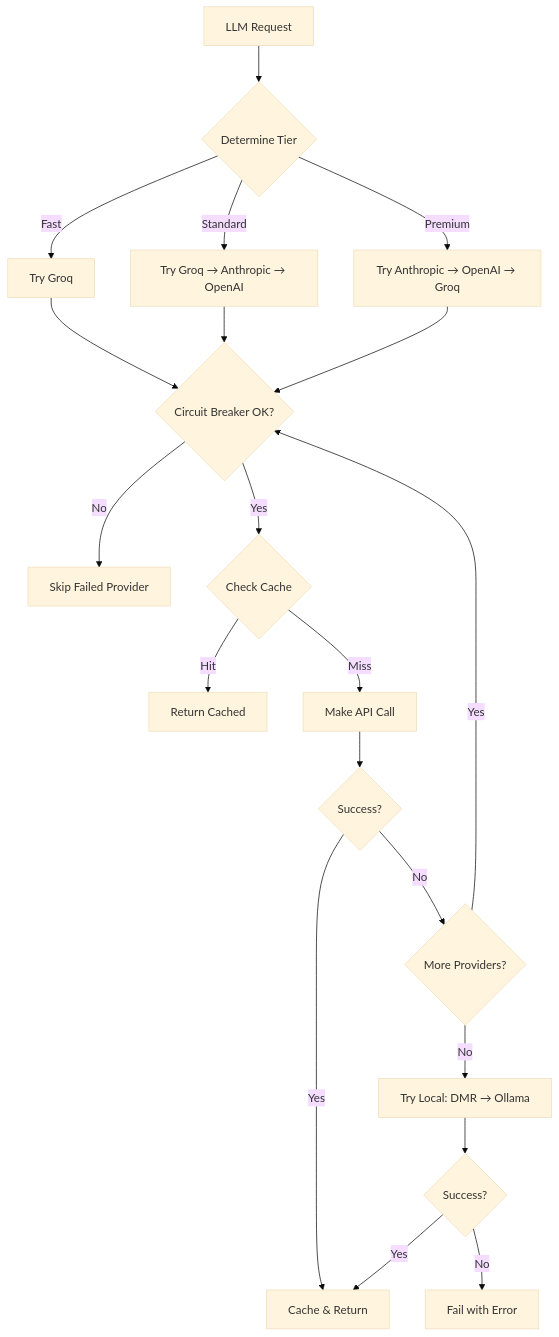
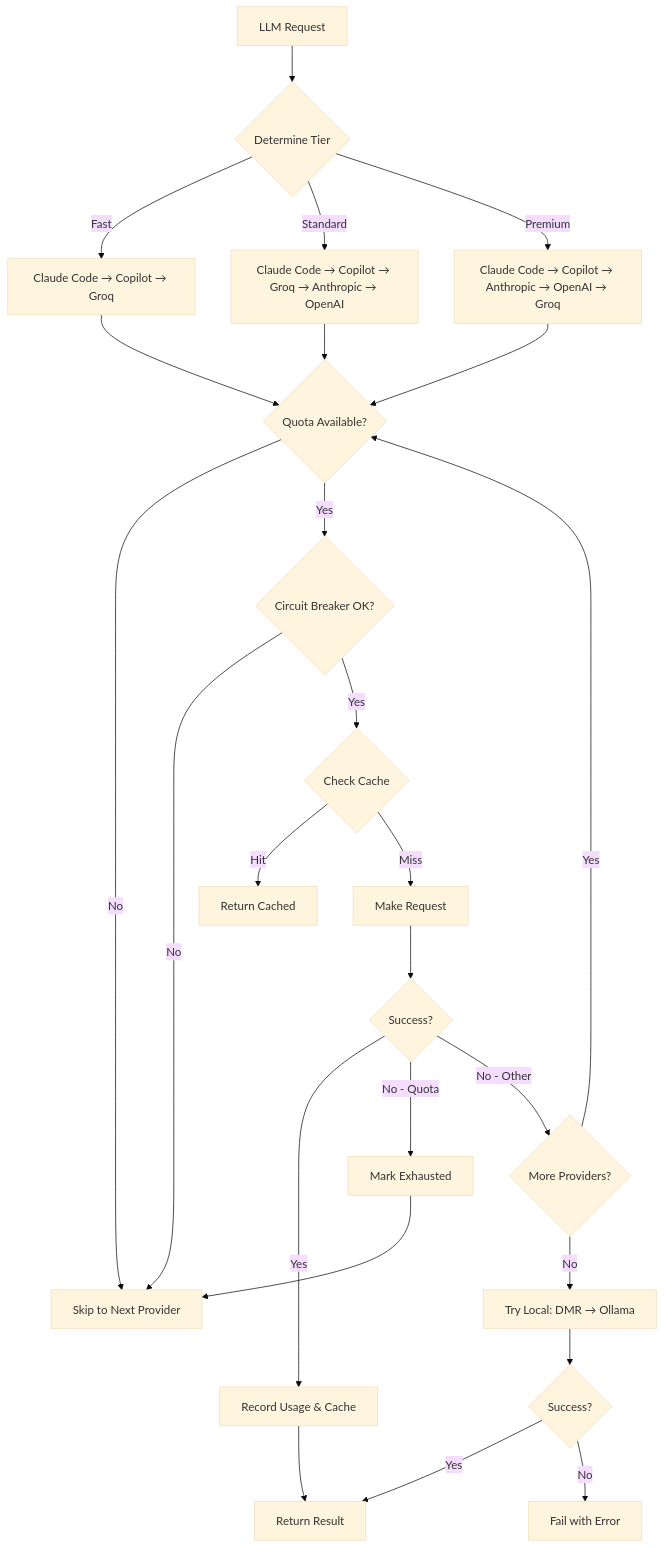
One commit to fwornle/coding changed the second of 2 diagrams in docs-content/guides/llm-providers.md. Above: the diagram before and after it, drawn with Mermaid (base theme). The commit also changed other lines of this file and 5 other files, not shown here.

````diff
--- a/docs-content/guides/llm-providers.md
+++ b/docs-content/guides/llm-providers.md
@@ -225,22 +300,27 @@
 ```mermaid
 flowchart TB
     A[LLM Request] --> B{Determine Tier}
-    B -->|Fast| C[Try Groq]
-    B -->|Standard| D[Try Groq → Anthropic → OpenAI]
-    B -->|Premium| E[Try Anthropic → OpenAI → Groq]
-    C --> F{Circuit Breaker OK?}
+    B -->|Fast| C[Claude Code → Copilot → Groq]
+    B -->|Standard| D[Claude Code → Copilot → Groq → Anthropic → OpenAI]
+    B -->|Premium| E[Claude Code → Copilot → Anthropic → OpenAI → Groq]
+    C --> F{Quota Available?}
     D --> F
     E --> F
-    F -->|No| G[Skip Failed Provider]
-    F -->|Yes| H{Check Cache}
-    H -->|Hit| I[Return Cached]
-    H -->|Miss| J[Make API Call]
-    J --> K{Success?}
-    K -->|Yes| L[Cache & Return]
-    K -->|No| M{More Providers?}
-    M -->|Yes| F
-    M -->|No| N[Try Local: DMR → Ollama]
-    N --> O{Success?}
-    O -->|Yes| L
-    O -->|No| P[Fail with Error]
+    F -->|No| G[Skip to Next Provider]
+    F -->|Yes| H{Circuit Breaker OK?}
+    H -->|No| G
+    H -->|Yes| I{Check Cache}
+    I -->|Hit| J[Return Cached]
+    I -->|Miss| K[Make Request]
+    K --> L{Success?}
+    L -->|Yes| M[Record Usage & Cache]
+    M --> N[Return Result]
+    L -->|No - Quota| O[Mark Exhausted]
+    O --> G
+    L -->|No - Other| P{More Providers?}
+    P -->|Yes| F
+    P -->|No| Q[Try Local: DMR → Ollama]
+    Q --> R{Success?}
+    R -->|Yes| N
+    R -->|No| S[Fail with Error]
 ```
````
